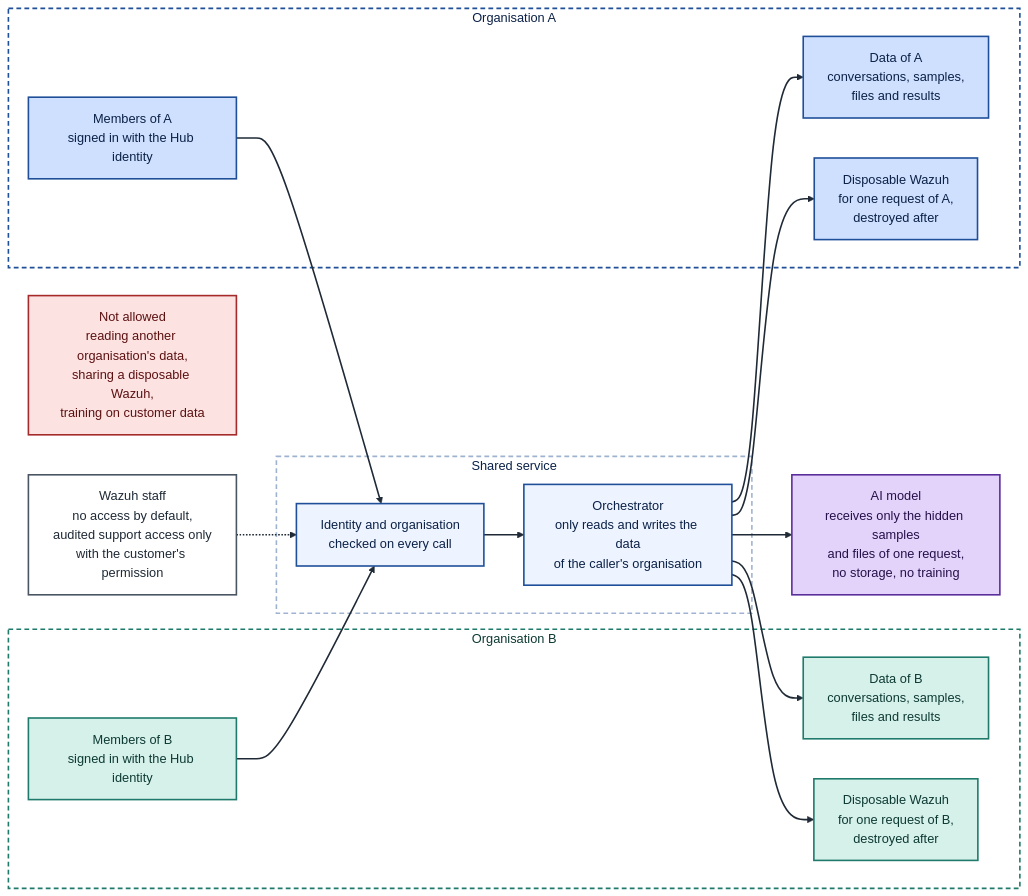
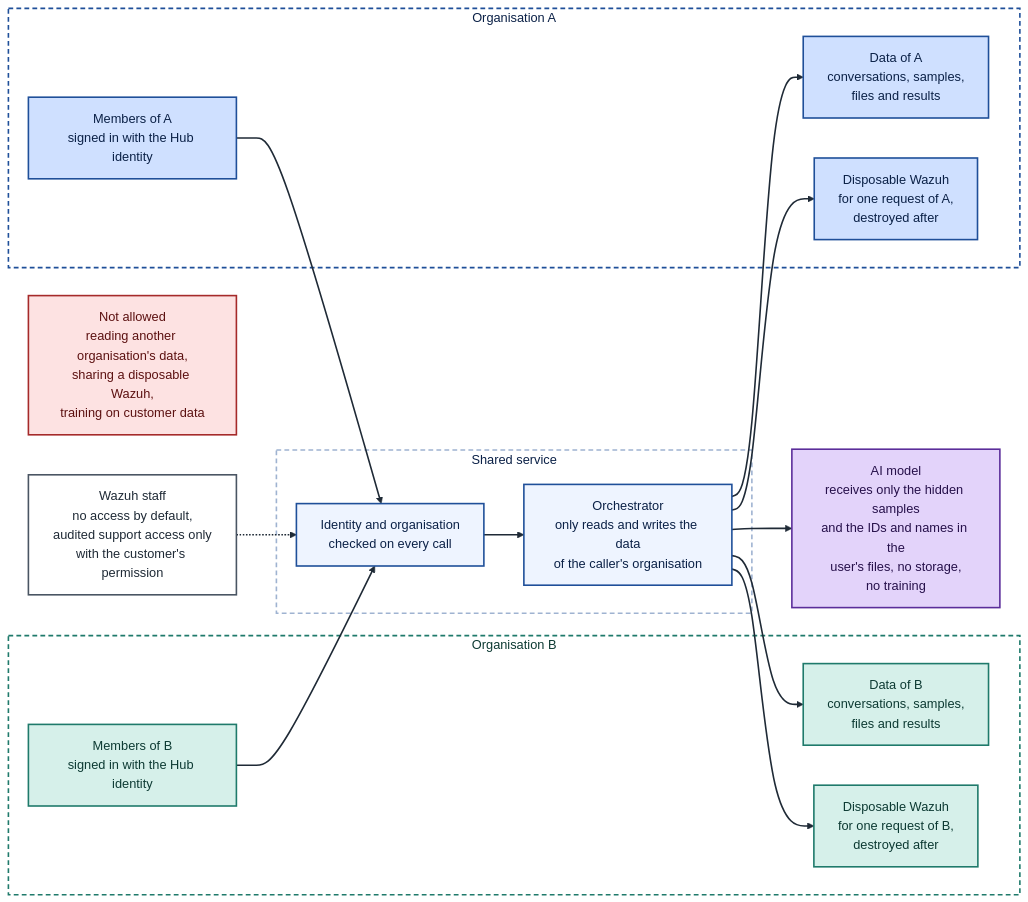
Before and after one commit to lydiavilchez/wazuh-hub-task: the diagram in phase3/diagrams/tenant-data.mmd, drawn with Mermaid. The commit also changed 2 other files, not shown here.

```diff
--- a/phase3/diagrams/tenant-data.mmd
+++ b/phase3/diagrams/tenant-data.mmd
@@ -1,48 +1,48 @@
 flowchart LR
     subgraph B["Organisation B"]
         PB["Members of B<br/>signed in with the Hub identity"]
         DB["Data of B<br/>conversations, samples,<br/>files and results"]
         SB["Disposable Wazuh<br/>for one request of B,<br/>destroyed after"]
     end
 
     subgraph A["Organisation A"]
         PA["Members of A<br/>signed in with the Hub identity"]
         DA["Data of A<br/>conversations, samples,<br/>files and results"]
         SA["Disposable Wazuh<br/>for one request of A,<br/>destroyed after"]
     end
 
     subgraph Shared["Shared service"]
         Access["Identity and organisation<br/>checked on every call"]
         Orch["Orchestrator<br/>only reads and writes the data<br/>of the caller's organisation"]
     end
 
-    Model["AI model<br/>receives only the hidden samples<br/>and files of one request,<br/>no storage, no training"]
+    Model["AI model<br/>receives only the hidden samples<br/>and the IDs and names in the<br/>user's files, no storage,<br/>no training"]
     Staff["Wazuh staff<br/>no access by default,<br/>audited support access only<br/>with the customer's permission"]
     Denied["Not allowed<br/>reading another organisation's data,<br/>sharing a disposable Wazuh,<br/>training on customer data"]
 
     PB --> Access
     PA --> Access
     Access --> Orch
     Orch --> DB
     Orch --> SB
     Orch --> DA
     Orch --> SA
     Orch --> Model
     Staff -.-> Access
 
     classDef orgA fill:#cfe0ff,stroke:#1f4f99,stroke-width:2px,color:#0b2147
     classDef orgB fill:#d6f0ea,stroke:#1f7a6b,stroke-width:2px,color:#0d3a33
     classDef support fill:#eef4ff,stroke:#1f4f99,stroke-width:2px,color:#0b2147
     classDef ai fill:#e3d3fa,stroke:#5b2d9a,stroke-width:2px,color:#26104a
     classDef outside fill:#ffffff,stroke:#4a5563,stroke-width:2px,color:#1f2a36
     classDef deny fill:#fde2e2,stroke:#a52a2a,stroke-width:2px,color:#5c1111
     class PA,DA,SA orgA
     class PB,DB,SB orgB
     class Access,Orch support
     class Model ai
     class Staff outside
     class Denied deny
     style A fill:#ffffff,stroke:#1f4f99,stroke-width:2px,stroke-dasharray:6 4,color:#0b2147
     style B fill:#ffffff,stroke:#1f7a6b,stroke-width:2px,stroke-dasharray:6 4,color:#0d3a33
     style Shared fill:#ffffff,stroke:#9fb3d1,stroke-width:2px,stroke-dasharray:6 4,color:#0b2147
     linkStyle default stroke:#1f2a36,stroke-width:2px
```
